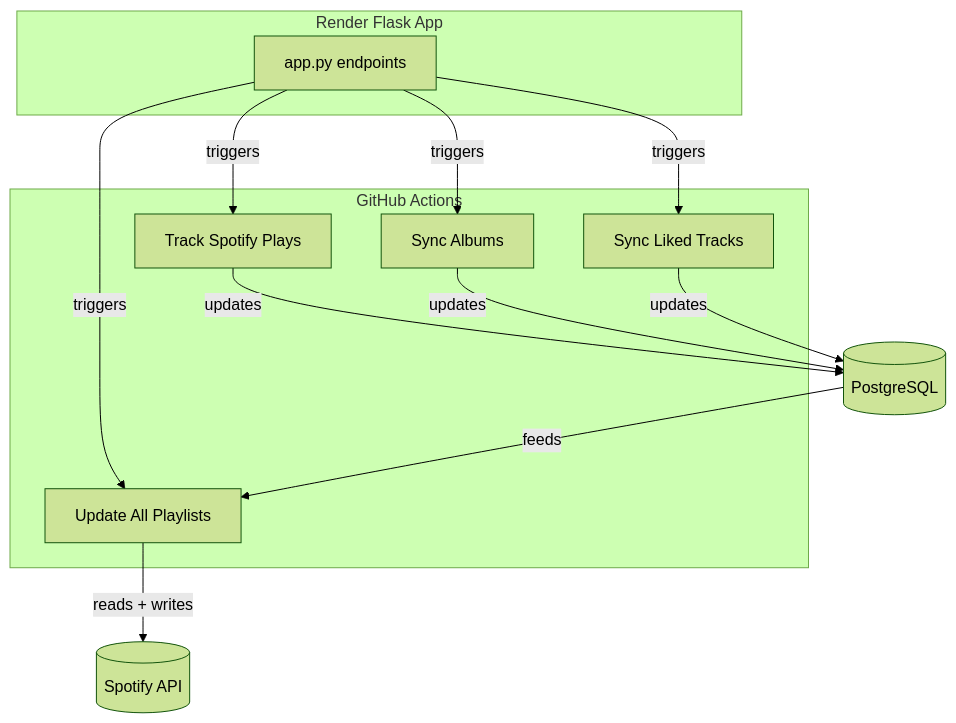
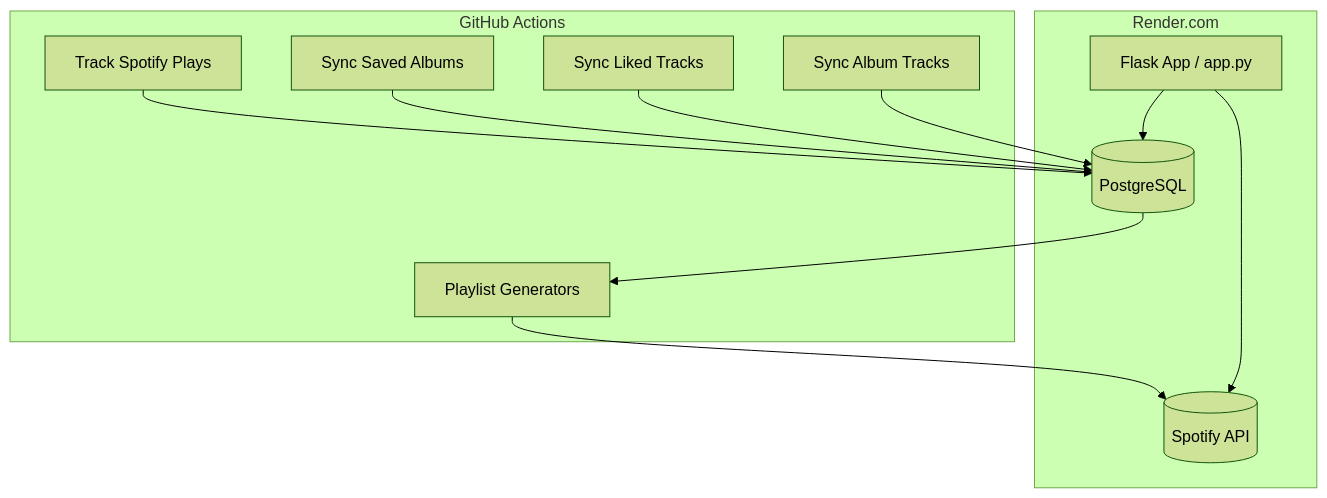
Before and after one commit to confidentjohn/spotify-smart-playlists: the diagram in README.md, drawn with Mermaid (forest theme). The commit also changed other lines of this file, not shown here.

Commit message:
📚 Update README with split album sync and schema changes

````diff
--- a/README.md
+++ b/README.md
@@ -107,23 +141,21 @@
 ```mermaid
 graph TD
+    A[Track Spotify Plays] --> DB[(PostgreSQL)]
+    B[Sync Saved Albums] --> DB
+    C[Sync Liked Tracks] --> DB
+    D[Sync Album Tracks] --> DB
+    DB --> E[Playlist Generators] --> Spotify[(Spotify API)]
+
     subgraph GitHub Actions
-        A[Track Spotify Plays]
-        B[Sync Albums]
-        C[Sync Liked Tracks]
-        D[Update All Playlists]
+        A
+        B
+        C
+        D
+        E
     end
 
-    subgraph Render Flask App
-        E[app.py endpoints]
-        E -->|triggers| B
-        E -->|triggers| C
-        E -->|triggers| A
-        E -->|triggers| D
+    subgraph Render.com
+        Web[Flask App / app.py] --> DB
+        Web --> Spotify
     end
-
-    A -->|updates| DB[(PostgreSQL)]
-    B -->|updates| DB
-    C -->|updates| DB
-    D -->|reads + writes| SpotifyAPI[(Spotify API)]
-    DB -->|feeds| D
 ```
````
